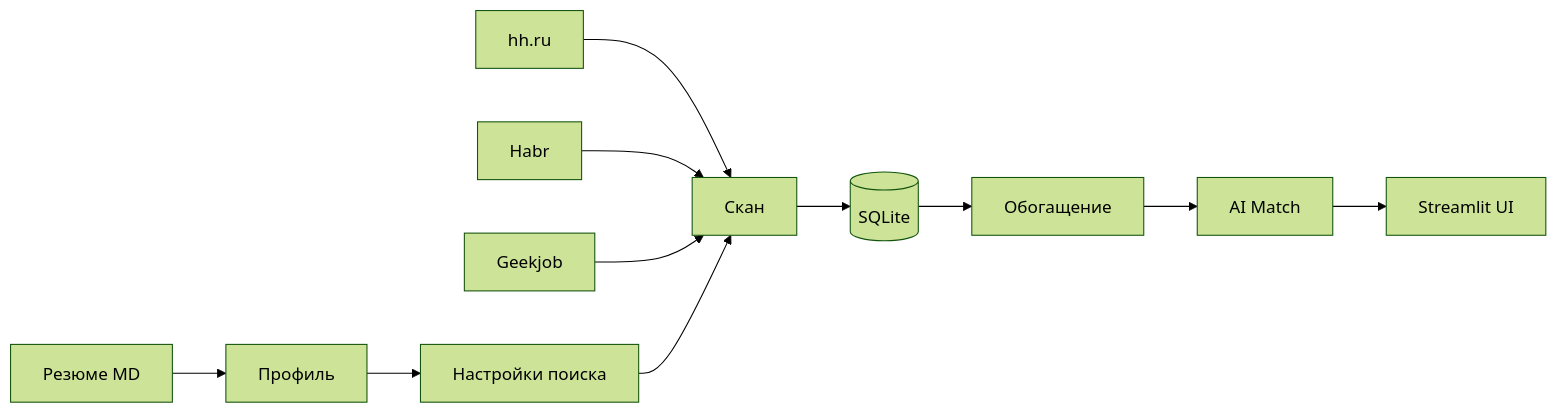
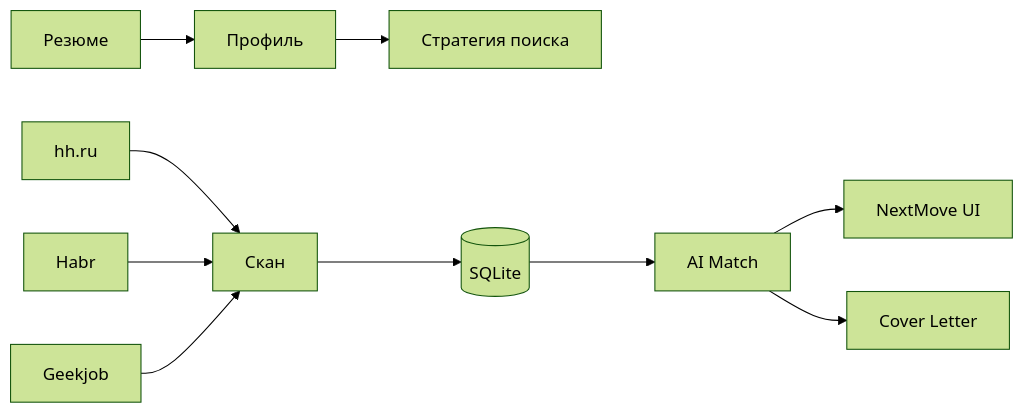
One commit to addito-5G/job-scout changed the diagram in README_ru.md. Above: the diagram before and after it, drawn with Mermaid (forest theme). The commit also changed other lines of this file and 27 other files, not shown here.

First line of the commit message:
Rebrand UI to NextMove and refresh README with product screenshots.

````diff
--- a/README_ru.md
+++ b/README_ru.md
@@ -57,13 +74,12 @@
 ```mermaid
 flowchart LR
-    R[Резюме MD] --> P[Профиль]
-    P --> S[Настройки поиска]
+    R[Резюме] --> P[Профиль]
+    P --> S[Стратегия поиска]
     HH[hh.ru] --> SC[Скан]
     HB[Habr] --> SC
     GJ[Geekjob] --> SC
     SC --> DB[(SQLite)]
-    S --> SC
-    DB --> EN[Обогащение]
-    EN --> M[AI Match]
-    M --> UI[Streamlit UI]
+    DB --> M[AI Match]
+    M --> UI[NextMove UI]
+    M --> CL[Cover Letter]
 ```
````
